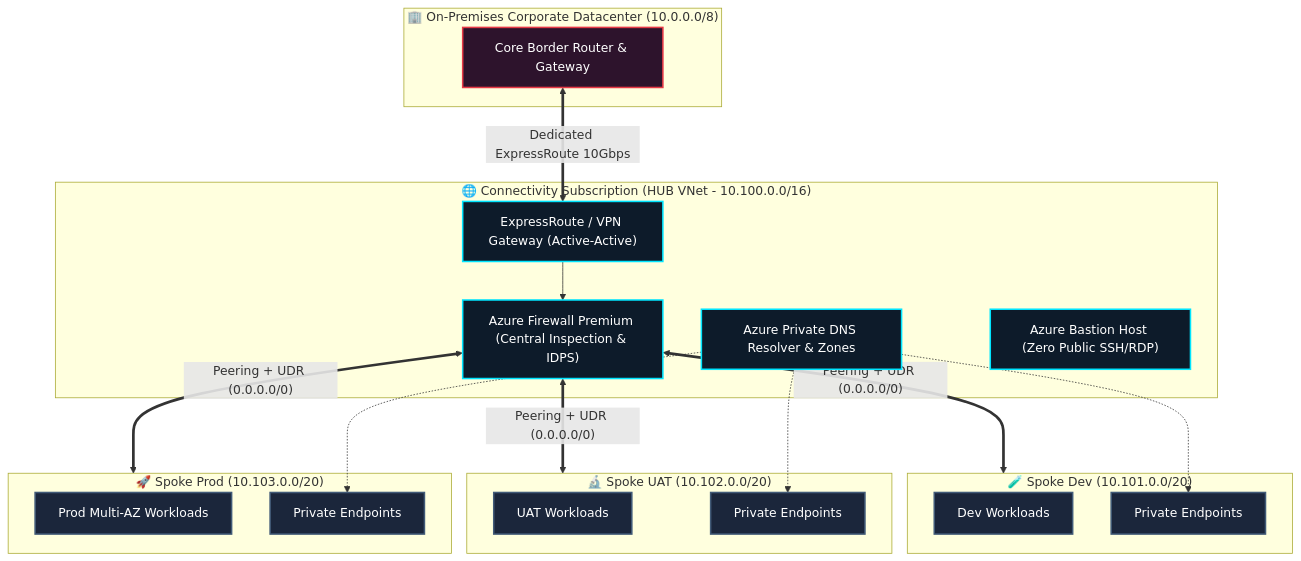
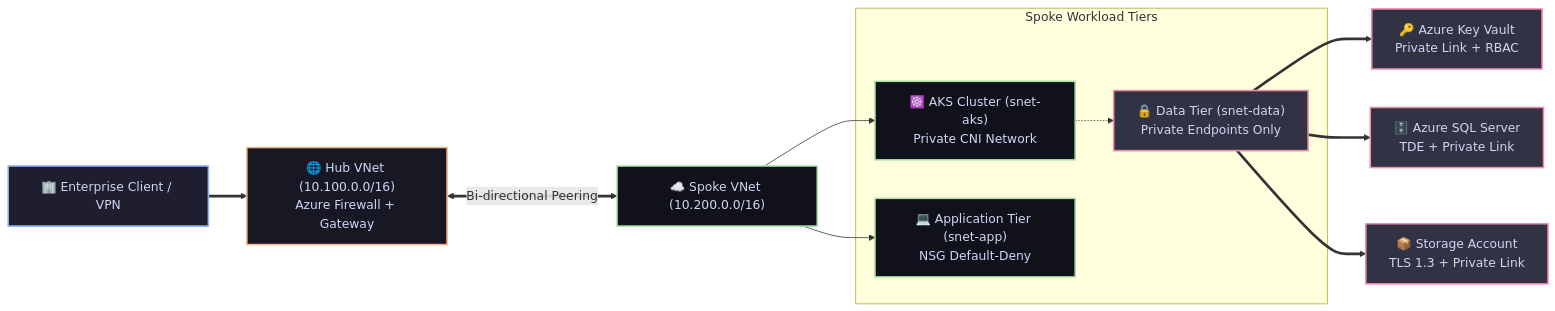
The diagram in README.md (kusumvish7972/azure-enterprise-landing-zones), drawn with Mermaid before and after one commit. The commit also changed other lines of this file and 48 other files, not shown here.

Commit message:
feat: complete enterprise azure landing zones with modular terraform child & parent architecture, zero-trust security and CI/CD

````diff
--- a/README.md
+++ b/README.md
@@ -259,41 +205,30 @@
 ```mermaid
-flowchart TD
-    classDef hub fill:#0d1b2a,stroke:#00e5ff,stroke-width:2px,color:#fff;
-    classDef spoke fill:#1b263b,stroke:#415a77,stroke-width:2px,color:#fff;
-    classDef onprem fill:#2d132c,stroke:#e63946,stroke-width:2px,color:#fff;
+flowchart LR
+    classDef client fill:#1e1e2e,stroke:#89b4fa,stroke-width:2px,color:#cdd6f4;
+    classDef hub fill:#181825,stroke:#fab387,stroke-width:2px,color:#cdd6f4;
+    classDef spoke fill:#11111b,stroke:#a6e3a1,stroke-width:2px,color:#cdd6f4;
+    classDef secure fill:#313244,stroke:#f38ba8,stroke-width:2px,color:#cdd6f4;
 
-    subgraph CorporateDC["🏢 On-Premises Corporate Datacenter (10.0.0.0/8)"]
-        Router["Core Border Router & Gateway"]:::onprem
+    Client["🏢 Enterprise Client / VPN"]:::client
+    HubVNet["🌐 Hub VNet (10.100.0.0/16)\nAzure Firewall + Gateway"]:::hub
+    SpokeVNet["☁️ Spoke VNet (10.200.0.0/16)"]:::spoke
+
+    subgraph SpokeSubnets["Spoke Workload Tiers"]
+        AKS["☸️ AKS Cluster (snet-aks)\nPrivate CNI Network"]:::spoke
+        App["💻 Application Tier (snet-app)\nNSG Default-Deny"]:::spoke
+        Data["🔒 Data Tier (snet-data)\nPrivate Endpoints Only"]:::secure
     end
 
-    subgraph HubVNet["🌐 Connectivity Subscription (HUB VNet - 10.100.0.0/16)"]
-        GW["ExpressRoute / VPN Gateway (Active-Active)"]:::hub
-        FW["Azure Firewall Premium (Central Inspection & IDPS)"]:::hub
-        DNS["Azure Private DNS Resolver & Zones"]:::hub
-        Bastion["Azure Bastion Host (Zero Public SSH/RDP)"]:::hub
-    end
+    KeyVault["🔑 Azure Key Vault\nPrivate Link + RBAC"]:::secure
+    SQL["🗄️ Azure SQL Server\nTDE + Private Link"]:::secure
+    Storage["📦 Storage Account\nTLS 1.3 + Private Link"]:::secure
 
-    subgraph DevVNet["🧪 Spoke Dev (10.101.0.0/20)"]
-        DevVM["Dev Workloads"]:::spoke
-        PE_Dev["Private Endpoints"]:::spoke
-    end
-
-    subgraph UATVNet["🔬 Spoke UAT (10.102.0.0/20)"]
-        UATVM["UAT Workloads"]:::spoke
-        PE_UAT["Private Endpoints"]:::spoke
-    end
-
-    subgraph ProdVNet["🚀 Spoke Prod (10.103.0.0/20)"]
-        ProdVM["Prod Multi-AZ Workloads"]:::spoke
-        PE_Prod["Private Endpoints"]:::spoke
-    end
-
-    Router <== "Dedicated ExpressRoute 10Gbps" ==> GW
-    GW --> FW
-    FW <== "Peering + UDR (0.0.0.0/0)" ==> DevVNet
-    FW <== "Peering + UDR (0.0.0.0/0)" ==> UATVNet
-    FW <== "Peering + UDR (0.0.0.0/0)" ==> ProdVNet
-    DNS -.-> PE_Dev
-    DNS -.-> PE_UAT
-    DNS -.-> PE_Prod
+    Client ==> HubVNet
+    HubVNet <== "Bi-directional Peering" ==> SpokeVNet
+    SpokeVNet --> AKS
+    SpokeVNet --> App
+    AKS -.-> Data
+    Data ==> KeyVault
+    Data ==> SQL
+    Data ==> Storage
 ```
````
